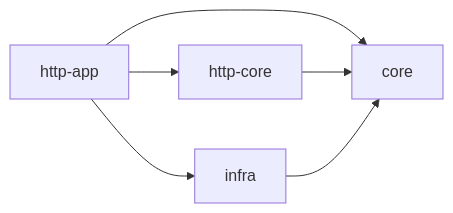
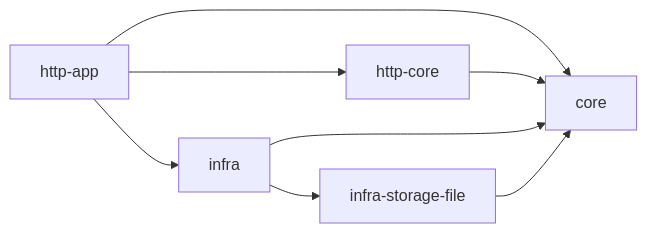
Before and after one commit to walf443/isucon11-final: the first of 3 diagrams in webapp/rust/README.md, drawn with Mermaid. The commit also changed other lines of this file, not shown here.

Commit message:
add storage explanation to README.md

````diff
--- a/webapp/rust/README.md
+++ b/webapp/rust/README.md
@@ -13,9 +13,11 @@
 ```mermaid
 
 flowchart LR
   http-app --> http-core
   http-app --> infra
   http-app --> core
   http-core --> core
   infra --> core
+  infra --> infra-storage-file
+  infra-storage-file --> core
 ```
````
